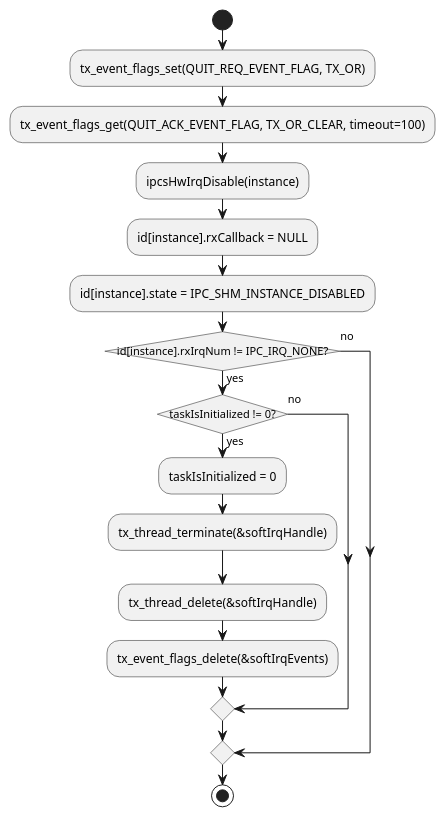
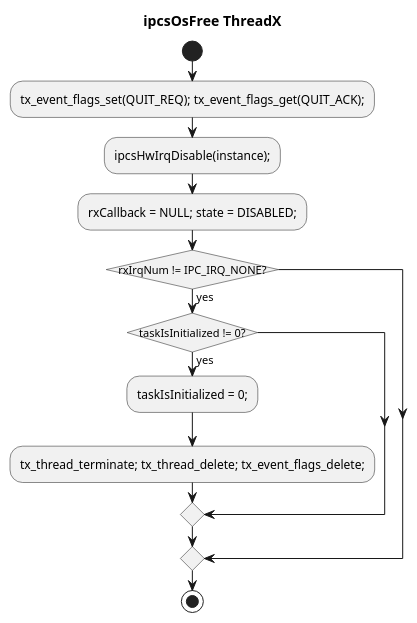
One commit to Mastang1/sad_sdd_proj changed the diagram in c1_sdd_linux-ipcs/cursor_tmp/flow_umls/tx_3_4_57.puml. Above: the diagram before and after it, drawn with PlantUML. The commit also changed 40 other files, not shown here.

Commit message:
fix the endif error in flow

```diff
--- a/c1_sdd_linux-ipcs/cursor_tmp/flow_umls/tx_3_4_57.puml
+++ b/c1_sdd_linux-ipcs/cursor_tmp/flow_umls/tx_3_4_57.puml
@@ -1,22 +1,17 @@
 @startuml
 !pragma layout smetana
 skinparam conditionStyle insideDiamond
 skinparam linetype ortho
+title ipcsOsFree ThreadX
 start
-:tx_event_flags_set(QUIT_REQ_EVENT_FLAG, TX_OR);
-:tx_event_flags_get(QUIT_ACK_EVENT_FLAG, TX_OR_CLEAR, timeout=100);
-:ipcsHwIrqDisable(instance);
-:id[instance].rxCallback = NULL;
-:id[instance].state = IPC_SHM_INSTANCE_DISABLED;
-if (id[instance].rxIrqNum != IPC_IRQ_NONE?) then (yes)
+:tx_event_flags_set(QUIT_REQ); tx_event_flags_get(QUIT_ACK);;
+:ipcsHwIrqDisable(instance);;
+:rxCallback = NULL; state = DISABLED;;
+if (rxIrqNum != IPC_IRQ_NONE?) then (yes)
   if (taskIsInitialized != 0?) then (yes)
-    :taskIsInitialized = 0;
-    :tx_thread_terminate(&softIrqHandle);
-    :tx_thread_delete(&softIrqHandle);
-    :tx_event_flags_delete(&softIrqEvents);
-  else (no)
+    :taskIsInitialized = 0;;
+    :tx_thread_terminate; tx_thread_delete; tx_event_flags_delete;;
   endif
-else (no)
 endif
 stop
 @enduml
```
